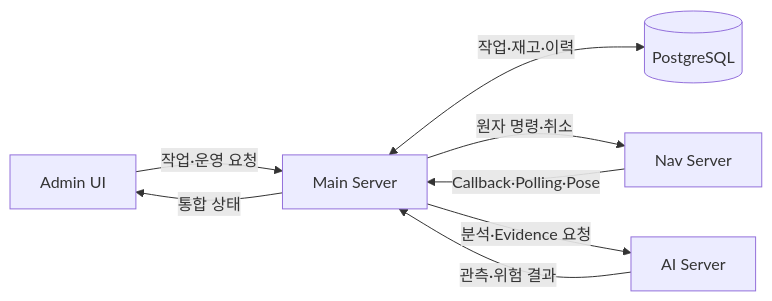
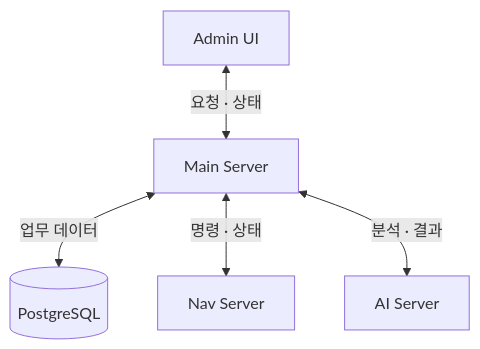
The first of 2 diagrams in main-server/docs/responsibility.md (eduwing-robotics/ros2-ai-amr-repo3), drawn with Mermaid before and after one commit. The commit also changed other lines of this file and 14 other files, not shown here.

Commit message:
docs: update main server guides and image paths

````diff
--- a/main-server/docs/responsibility.md
+++ b/main-server/docs/responsibility.md
@@ -37,10 +37,7 @@
 ```mermaid
-flowchart LR
-    UI[Admin UI] -->|작업·운영 요청| Main[Main Server]
-    Main -->|통합 상태| UI
-    Main <--> |작업·재고·이력| DB[(PostgreSQL)]
-    Main -->|원자 명령·취소| Nav[Nav Server]
-    Nav -->|Callback·Polling·Pose| Main
-    Main -->|분석·Evidence 요청| AI[AI Server]
-    AI -->|관측·위험 결과| Main
+flowchart TB
+    UI[Admin UI] <-->|요청 · 상태| Main[Main Server]
+    Main <-->|업무 데이터| DB[(PostgreSQL)]
+    Main <-->|명령 · 상태| Nav[Nav Server]
+    Main <-->|분석 · 결과| AI[AI Server]
 ```
````
